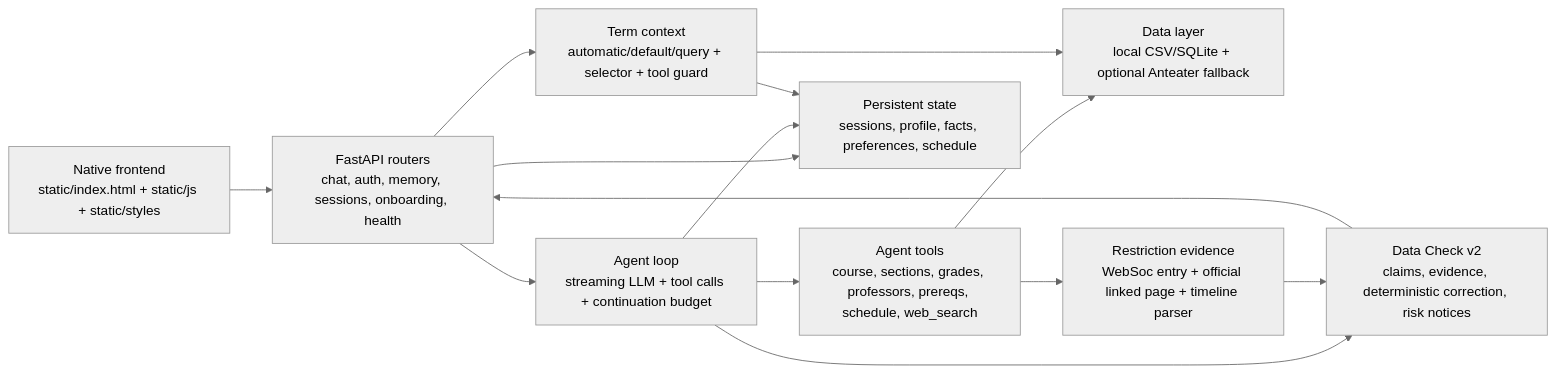
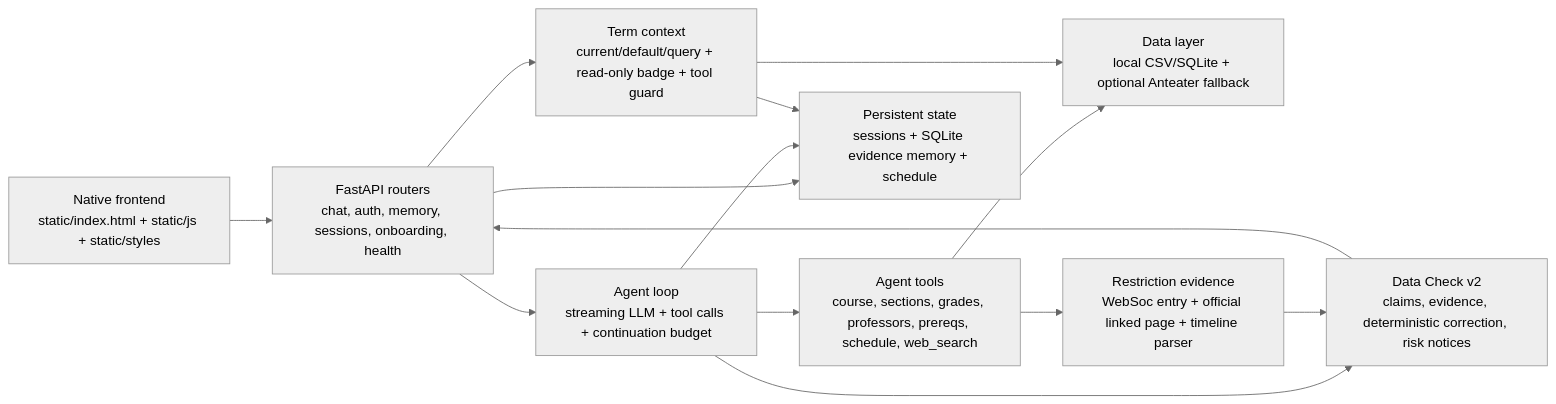
One commit to Haoqin-Wei/uci-course-advisor changed the diagram in README.md. Above: the diagram before and after it, drawn with Mermaid (neutral theme). The commit also changed other lines of this file and 77 other files, not shown here.

Commit message:
feat: improve term planning, academic profiles, and recommendation flow

````diff
--- a/README.md
+++ b/README.md
@@ -27,26 +31,26 @@
 ```mermaid
 flowchart LR
   Browser["Native frontend<br/>static/index.html + static/js + static/styles"]
   API["FastAPI routers<br/>chat, auth, memory, sessions, onboarding, health"]
   Agent["Agent loop<br/>streaming LLM + tool calls + continuation budget"]
   Tools["Agent tools<br/>course, sections, grades, professors, prereqs, schedule, web_search"]
   Data["Data layer<br/>local CSV/SQLite + optional Anteater fallback"]
-  Memory["Persistent state<br/>sessions, profile, facts, preferences, schedule"]
+  Memory["Persistent state<br/>sessions + SQLite evidence memory + schedule"]
   Validation["Data Check v2<br/>claims, evidence, deterministic correction, risk notices"]
-  Terms["Term context<br/>automatic/default/query + selector + tool guard"]
+  Terms["Term context<br/>current/default/query + read-only badge + tool guard"]
   Restrictions["Restriction evidence<br/>WebSoc entry + official linked page + timeline parser"]
 
   Browser --> API
   API --> Agent
   Agent --> Tools
   Tools --> Data
   API --> Memory
   Agent --> Memory
   Agent --> Validation
   Tools --> Restrictions
   Restrictions --> Validation
   Validation --> API
   API --> Terms
   Terms --> Data
   Terms --> Memory
 ```
````
